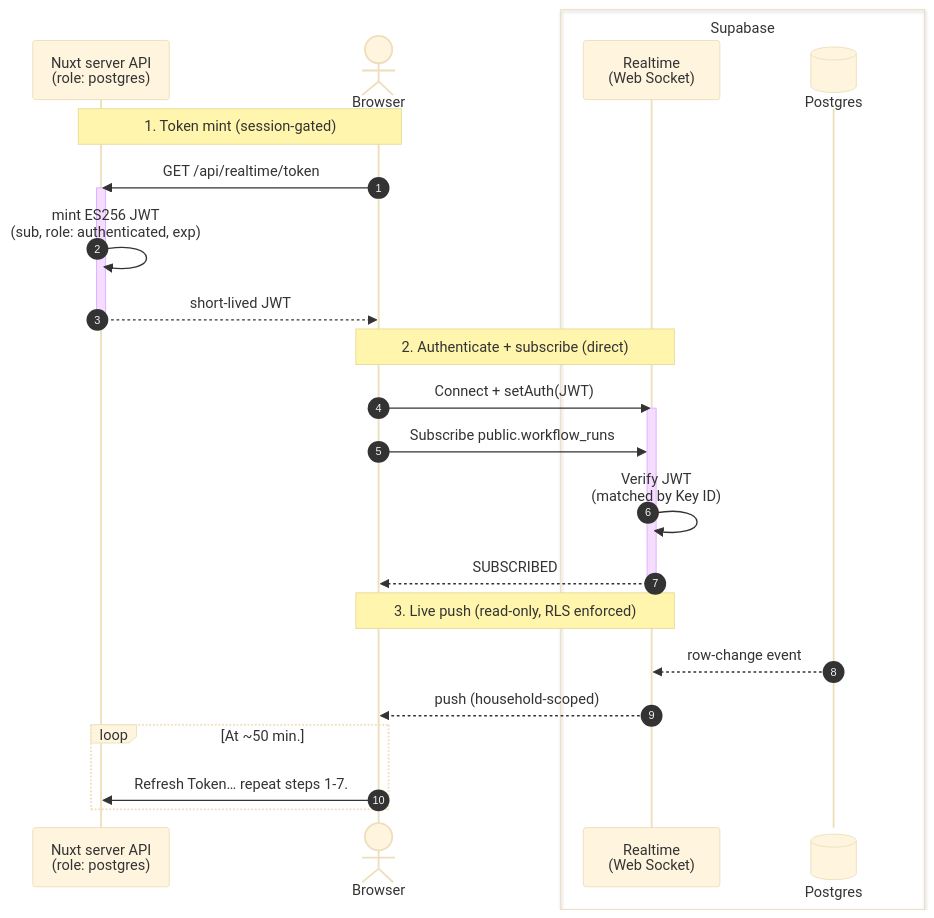
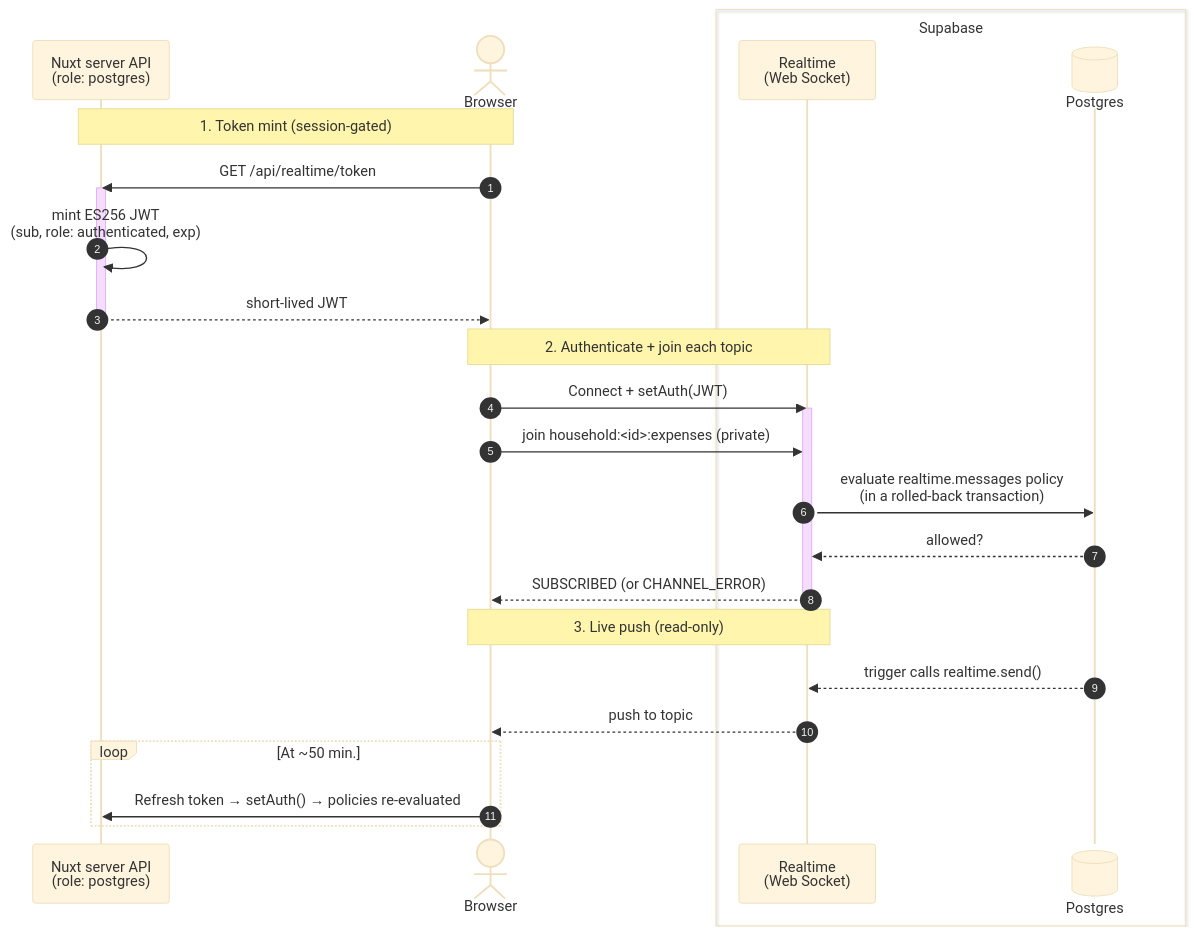
One commit to julie-ng/tally-split-ai changed the second of 2 diagrams in docs/REALTIME.md. Above: the diagram before and after it, drawn with Mermaid (base theme). The commit also changed other lines of this file, not shown here.

Commit message:
docs(realtime): we use broadcasting now instead of listening to table changes directly

````diff
--- a/docs/REALTIME.md
+++ b/docs/REALTIME.md
@@ -56,33 +62,34 @@
 ```mermaid
 sequenceDiagram
   autonumber
   participant API as Nuxt server API<br/>(role: postgres)
   actor B as Browser
   box Supabase
     participant RT as Realtime<br/> (Web Socket)
     participant PG@{ "type": "database" } as Postgres
   end
 
   Note over B,API: 1. Token mint (session-gated)
   B->>API: GET /api/realtime/token
   activate API
   API->>API: mint ES256 JWT<br/>(sub, role: authenticated, exp)
   API-->>B: short-lived JWT
   deactivate API
 
-  Note over B,RT: 2. Authenticate + subscribe (direct)
+  Note over B,RT: 2. Authenticate + join each topic
   B->>RT: Connect + setAuth(JWT)
   activate RT
-  B->>RT: Subscribe public.workflow_runs
-  RT->>RT: Verify JWT<br/>(matched by Key ID)
-  RT-->>B: SUBSCRIBED
+  B->>RT: join household:<id>:expenses (private)
+  RT->>PG: evaluate realtime.messages policy<br/>(in a rolled-back transaction)
+  PG-->>RT: allowed?
+  RT-->>B: SUBSCRIBED (or CHANNEL_ERROR)
   deactivate RT
 
-  Note over RT,B: 3. Live push (read-only, RLS enforced)
-  PG-->>RT: row-change event
-  RT-->>B: push (household-scoped)
-  
+  Note over RT,B: 3. Live push (read-only)
+  PG-->>RT: trigger calls realtime.send()
+  RT-->>B: push to topic
+
   loop At ~50 min.
-      B->>API: Refresh Token… repeat steps 1-7.
+      B->>API: Refresh token → setAuth() → policies re-evaluated
   end
 ```
````
